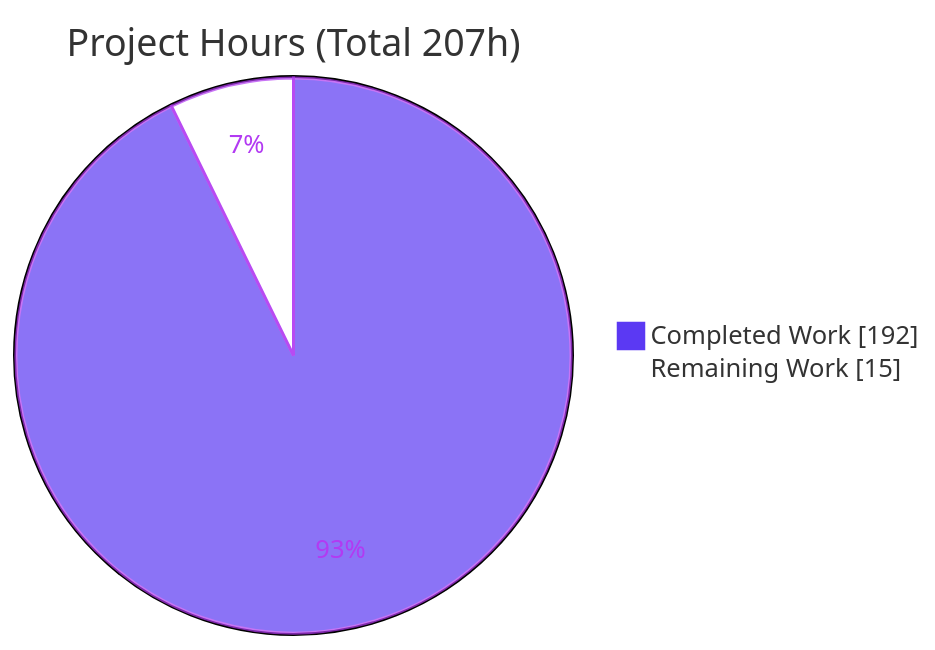
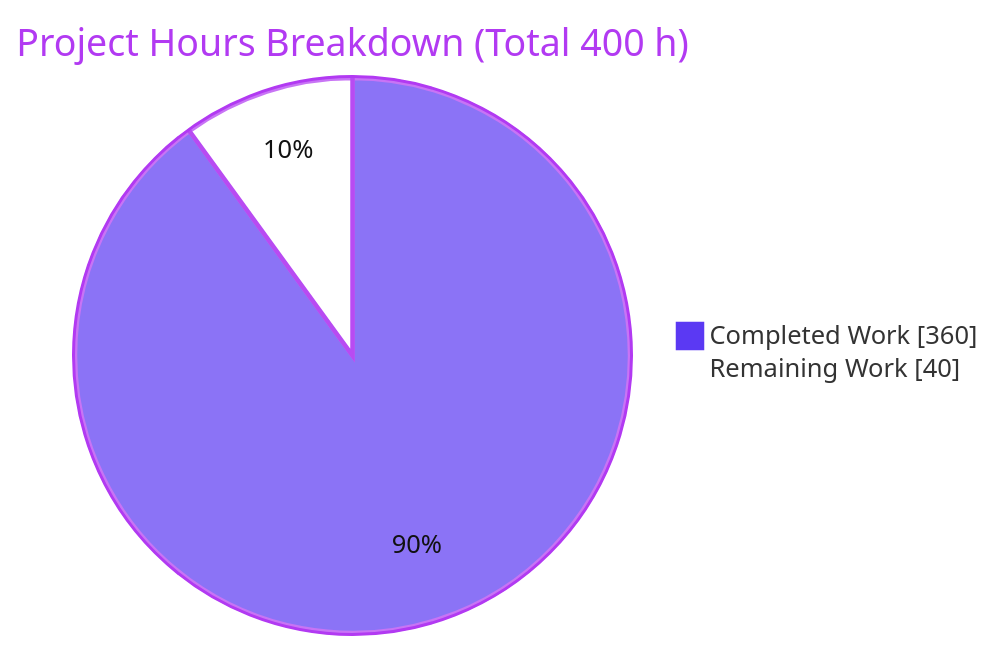
The second of 4 diagrams in blitzy/documentation/Project Guide.md (blitzy-public-samples/ecommerce-shop), drawn with Mermaid before and after one commit. The commit also changed other lines of this file, not shown here.

Commit message:
Adding Blitzy Project Guide: Project Status and Human Tasks Remaining

````diff
--- a/blitzy/documentation/Project Guide.md
+++ b/blitzy/documentation/Project Guide.md
@@ -200,6 +235,6 @@
 ```mermaid
-%%{init: {'theme':'base','themeVariables':{'pie1':'#5B39F3','pie2':'#FFFFFF','pieStrokeColor':'#B23AF2','pieStrokeWidth':'2px','pieOuterStrokeWidth':'2px','pieSectionTextColor':'#B23AF2'}}}%%
-pie showData title Project Hours (Total 207h)
-    "Completed Work" : 192
-    "Remaining Work" : 15
+%%{init: {'theme':'base','themeVariables':{'pie1':'#5B39F3','pie2':'#FFFFFF','pieStrokeColor':'#B23AF2','pieOuterStrokeColor':'#B23AF2','pieTitleTextColor':'#B23AF2','pieSectionTextColor':'#111111','pieStrokeWidth':'3px'}}}%%
+pie showData title Project Hours Breakdown (Total 400 h)
+    "Completed Work" : 360
+    "Remaining Work" : 40
 ```
````
